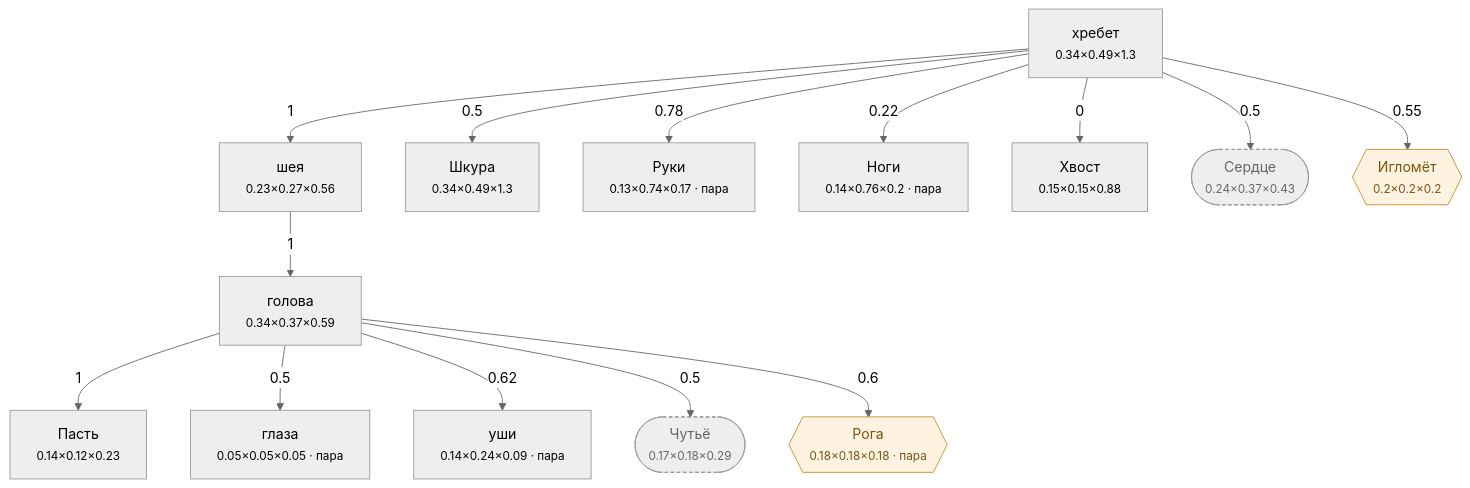
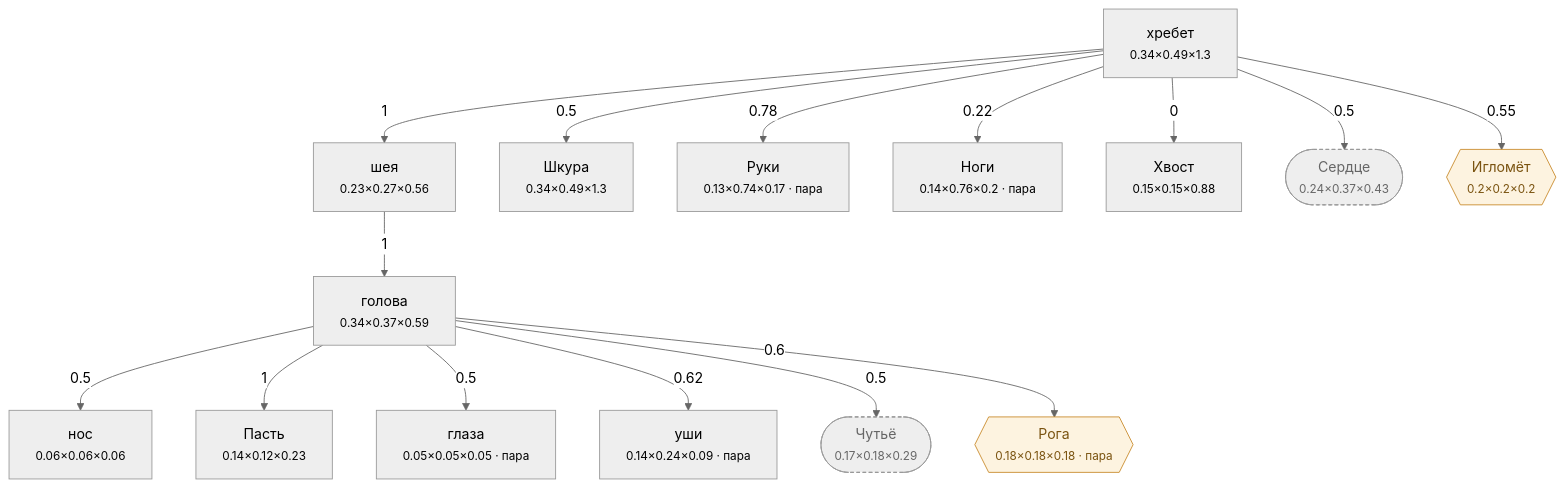
Before and after one commit to darklordshish/ChimeraEvolution-2026-06-26_15-29-59: the diagram in Docs/Диаграммы/Волк.md, drawn with Mermaid (neutral theme). The commit also changed other lines of this file and 9 other files, not shown here.

````diff
--- a/Docs/Диаграммы/Волк.md
+++ b/Docs/Диаграммы/Волк.md
@@ -22,37 +23,39 @@
 ```mermaid
 flowchart TD
     n0["хребет<br/><small>0.34×0.49×1.3</small>"]
-    n1["голова<br/><small>0.34×0.37×0.59</small>"]
-    n2["Пасть<br/><small>0.14×0.12×0.23</small>"]
-    n3["глаза<br/><small>0.05×0.05×0.05 · пара</small>"]
-    n4["уши<br/><small>0.14×0.24×0.09 · пара</small>"]
-    n5["шея<br/><small>0.23×0.27×0.56</small>"]
-    n6["Шкура<br/><small>0.34×0.49×1.3</small>"]
-    n7["Руки<br/><small>0.13×0.74×0.17 · пара</small>"]
-    n8["Ноги<br/><small>0.14×0.76×0.2 · пара</small>"]
-    n9["Хвост<br/><small>0.15×0.15×0.88</small>"]
-    n10(["Сердце<br/><small>0.24×0.37×0.43</small>"])
-    n11(["Чутьё<br/><small>0.17×0.18×0.29</small>"])
-    n12{{"Рога<br/><small>0.18×0.18×0.18 · пара</small>"}}
-    n13{{"Игломёт<br/><small>0.2×0.2×0.2</small>"}}
+    n1["нос<br/><small>0.06×0.06×0.06</small>"]
+    n2["голова<br/><small>0.34×0.37×0.59</small>"]
+    n3["Пасть<br/><small>0.14×0.12×0.23</small>"]
+    n4["глаза<br/><small>0.05×0.05×0.05 · пара</small>"]
+    n5["уши<br/><small>0.14×0.24×0.09 · пара</small>"]
+    n6["шея<br/><small>0.23×0.27×0.56</small>"]
+    n7["Шкура<br/><small>0.34×0.49×1.3</small>"]
+    n8["Руки<br/><small>0.13×0.74×0.17 · пара</small>"]
+    n9["Ноги<br/><small>0.14×0.76×0.2 · пара</small>"]
+    n10["Хвост<br/><small>0.15×0.15×0.88</small>"]
+    n11(["Сердце<br/><small>0.24×0.37×0.43</small>"])
+    n12(["Чутьё<br/><small>0.17×0.18×0.29</small>"])
+    n13{{"Рога<br/><small>0.18×0.18×0.18 · пара</small>"}}
+    n14{{"Игломёт<br/><small>0.2×0.2×0.2</small>"}}
 
-    n5 -->|1| n1
-    n1 -->|1| n2
-    n1 -->|0.5| n3
-    n1 -->|0.62| n4
-    n0 -->|1| n5
-    n0 -->|0.5| n6
-    n0 -->|0.78| n7
-    n0 -->|0.22| n8
-    n0 -->|0| n9
-    n0 -->|0.5| n10
-    n1 -->|0.5| n11
-    n1 -->|0.6| n12
-    n0 -->|0.55| n13
+    n2 -->|0.5| n1
+    n6 -->|1| n2
+    n2 -->|1| n3
+    n2 -->|0.5| n4
+    n2 -->|0.62| n5
+    n0 -->|1| n6
+    n0 -->|0.5| n7
+    n0 -->|0.78| n8
+    n0 -->|0.22| n9
+    n0 -->|0| n10
+    n0 -->|0.5| n11
+    n2 -->|0.5| n12
+    n2 -->|0.6| n13
+    n0 -->|0.55| n14
 
     classDef hid fill:#eee,stroke:#999,stroke-dasharray:4 3,color:#666
     classDef gr fill:#fdf3e0,stroke:#c98a2b,color:#7a5310
     classDef ch fill:#e8f2ff,stroke:#3b74c4,color:#1c3f70
-    class n10,n11 hid
-    class n12,n13 gr
+    class n11,n12 hid
+    class n13,n14 gr
 ```
````
